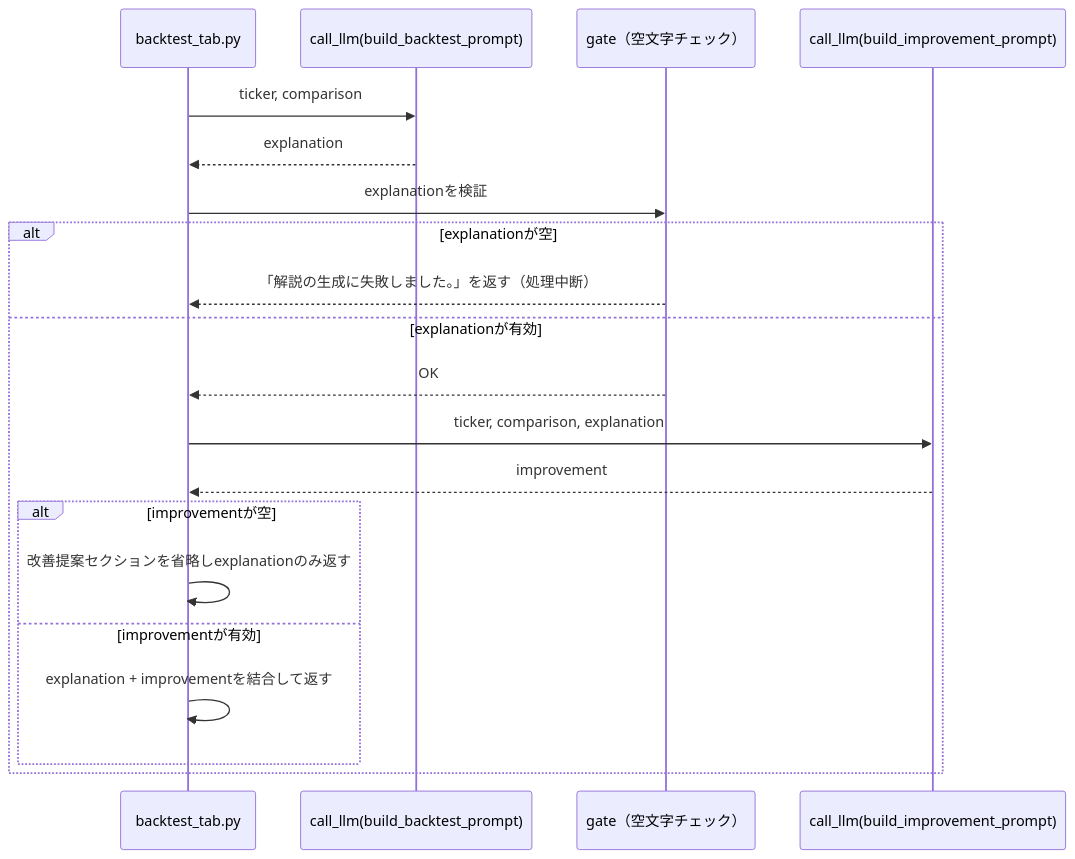
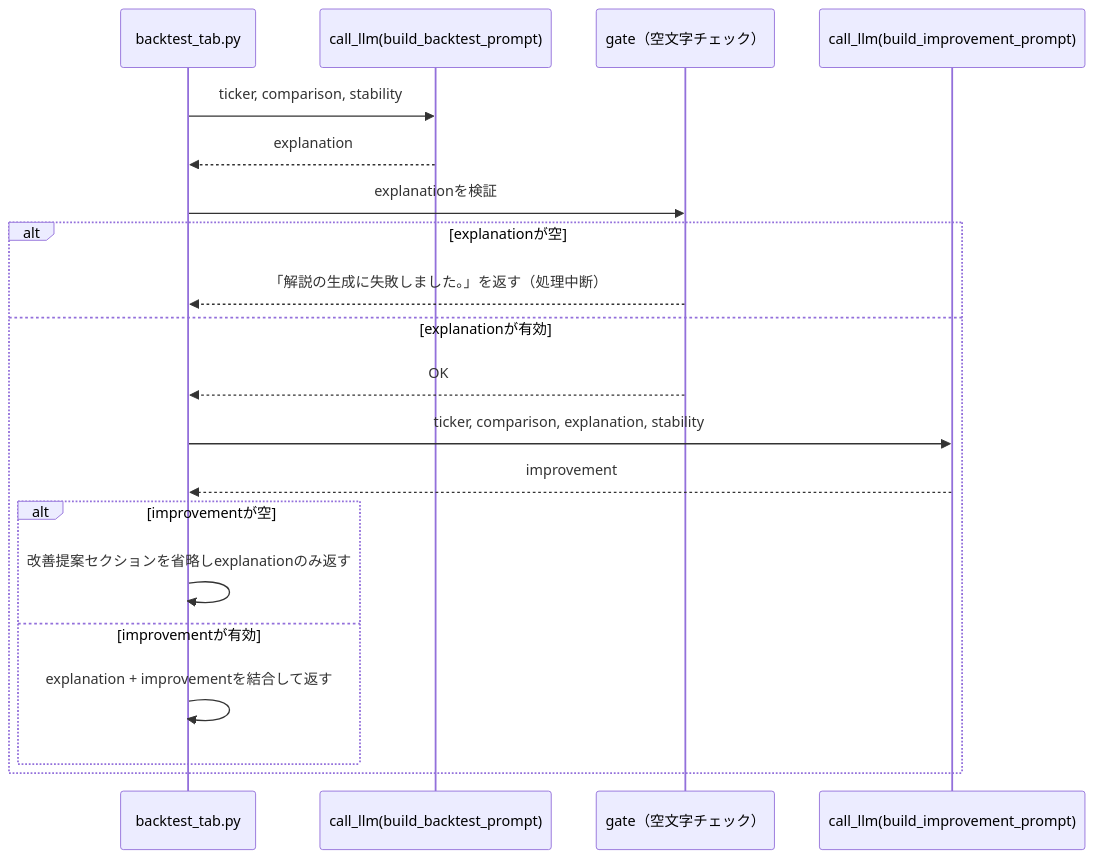
The second of 2 diagrams in docs/05-agentic-workflow-patterns/01-prompt-chaining.md (duwenji/genai-app-integration-tutorial), drawn with Mermaid before and after one commit. The commit also changed other lines of this file and 38 other files, not shown here.

````diff
--- a/docs/05-agentic-workflow-patterns/01-prompt-chaining.md
+++ b/docs/05-agentic-workflow-patterns/01-prompt-chaining.md
@@ -112,23 +178,23 @@
 ```mermaid
 sequenceDiagram
     participant Caller as backtest_tab.py
     participant Step1 as call_llm(build_backtest_prompt)
     participant Gate as gate（空文字チェック）
     participant Step2 as call_llm(build_improvement_prompt)
 
-    Caller->>Step1: ticker, comparison
+    Caller->>Step1: ticker, comparison, stability
     Step1-->>Caller: explanation
     Caller->>Gate: explanationを検証
     alt explanationが空
         Gate-->>Caller: 「解説の生成に失敗しました。」を返す（処理中断）
     else explanationが有効
         Gate-->>Caller: OK
-        Caller->>Step2: ticker, comparison, explanation
+        Caller->>Step2: ticker, comparison, explanation, stability
         Step2-->>Caller: improvement
         alt improvementが空
             Caller->>Caller: 改善提案セクションを省略しexplanationのみ返す
         else improvementが有効
             Caller->>Caller: explanation + improvementを結合して返す
         end
     end
 ```
````
